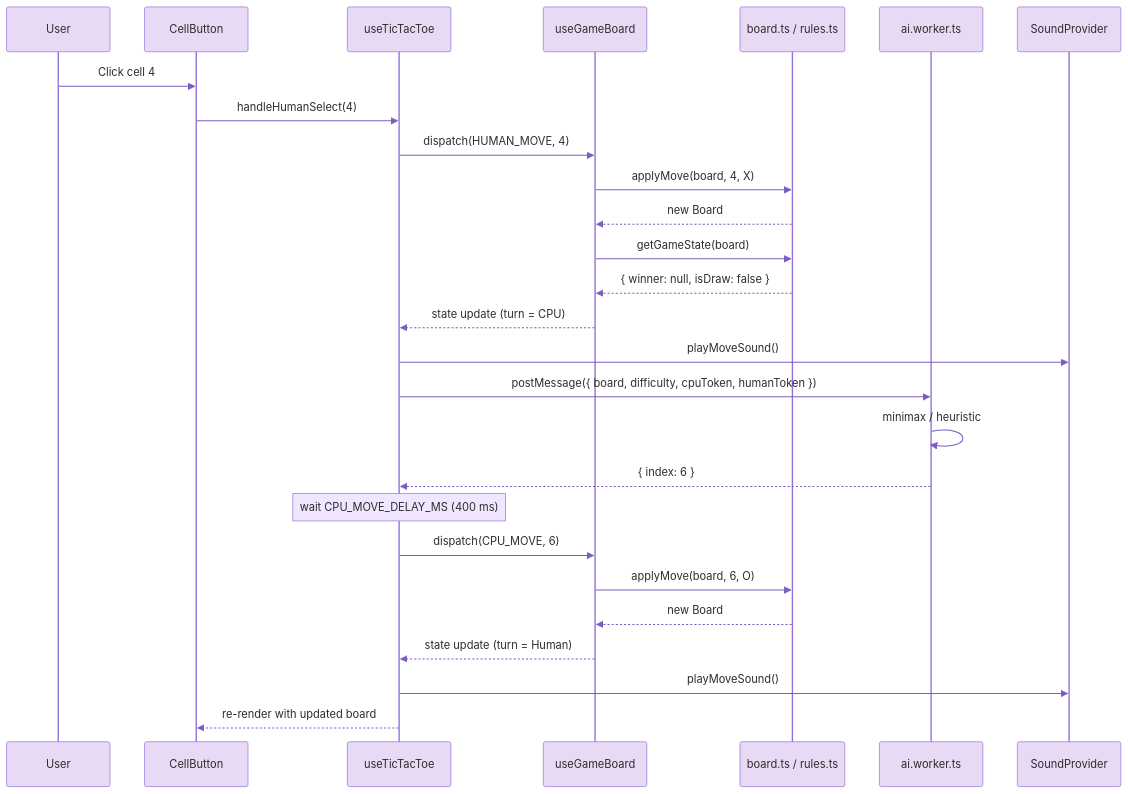
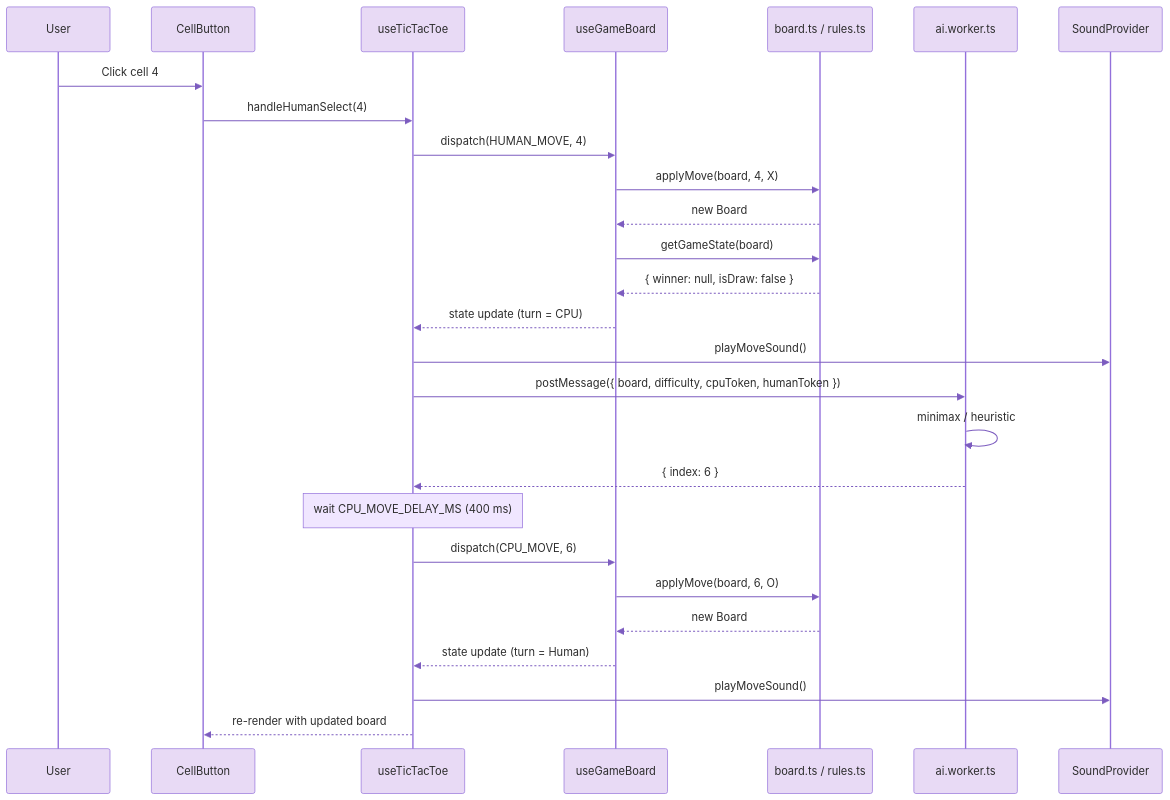
One commit to scottdreinhart/tictactoe changed the seventh of 9 diagrams in README.md. Above: the diagram before and after it, drawn with Mermaid. The commit also changed other lines of this file, not shown here.

Commit message:
docs: add padding, spacing, and htmlLabels to all Mermaid diagrams

````diff
--- a/README.md
+++ b/README.md
@@ -717,31 +717,31 @@
 ```mermaid
-%%{init: {'theme': 'base', 'themeVariables': {'primaryColor': '#e8daf5', 'primaryTextColor': '#2d2d2d', 'primaryBorderColor': '#9370DB', 'lineColor': '#7c5cbf', 'secondaryColor': '#f0e6ff', 'tertiaryColor': '#f8f2ff', 'actorBkg': '#e8daf5', 'actorBorder': '#9370DB', 'actorTextColor': '#2d2d2d', 'activationBkgColor': '#f0e6ff', 'activationBorderColor': '#9370DB', 'signalColor': '#7c5cbf', 'signalTextColor': '#2d2d2d', 'noteBkgColor': '#f0e6ff', 'noteBorderColor': '#9370DB', 'noteTextColor': '#2d2d2d', 'fontFamily': 'system-ui'}}}%%
+%%{init: {'theme': 'base', 'themeVariables': {'primaryColor': '#e8daf5', 'primaryTextColor': '#2d2d2d', 'primaryBorderColor': '#9370DB', 'lineColor': '#7c5cbf', 'secondaryColor': '#f0e6ff', 'tertiaryColor': '#f8f2ff', 'actorBkg': '#e8daf5', 'actorBorder': '#9370DB', 'actorTextColor': '#2d2d2d', 'activationBkgColor': '#f0e6ff', 'activationBorderColor': '#9370DB', 'signalColor': '#7c5cbf', 'signalTextColor': '#2d2d2d', 'noteBkgColor': '#f0e6ff', 'noteBorderColor': '#9370DB', 'noteTextColor': '#2d2d2d', 'fontFamily': 'system-ui'}, 'sequence': {'boxMargin': 10, 'noteMargin': 15, 'messageMargin': 40, 'actorMargin': 60}}}%%
 sequenceDiagram
     participant User
     participant UI as CellButton
     participant Hook as useTicTacToe
     participant Reducer as useGameBoard
     participant Domain as board.ts / rules.ts
     participant Worker as ai.worker.ts
     participant Sound as SoundProvider
 
     User->>UI: Click cell 4
     UI->>Hook: handleHumanSelect(4)
     Hook->>Reducer: dispatch(HUMAN_MOVE, 4)
     Reducer->>Domain: applyMove(board, 4, X)
     Domain-->>Reducer: new Board
     Reducer->>Domain: getGameState(board)
     Domain-->>Reducer: { winner: null, isDraw: false }
     Reducer-->>Hook: state update (turn = CPU)
     Hook->>Sound: playMoveSound()
     Hook->>Worker: postMessage({ board, difficulty, cpuToken, humanToken })
     Worker->>Worker: minimax / heuristic
     Worker-->>Hook: { index: 6 }
     Note over Hook: wait CPU_MOVE_DELAY_MS (400 ms)
     Hook->>Reducer: dispatch(CPU_MOVE, 6)
     Reducer->>Domain: applyMove(board, 6, O)
     Domain-->>Reducer: new Board
     Reducer-->>Hook: state update (turn = Human)
     Hook->>Sound: playMoveSound()
     Hook-->>UI: re-render with updated board
 ```
````
